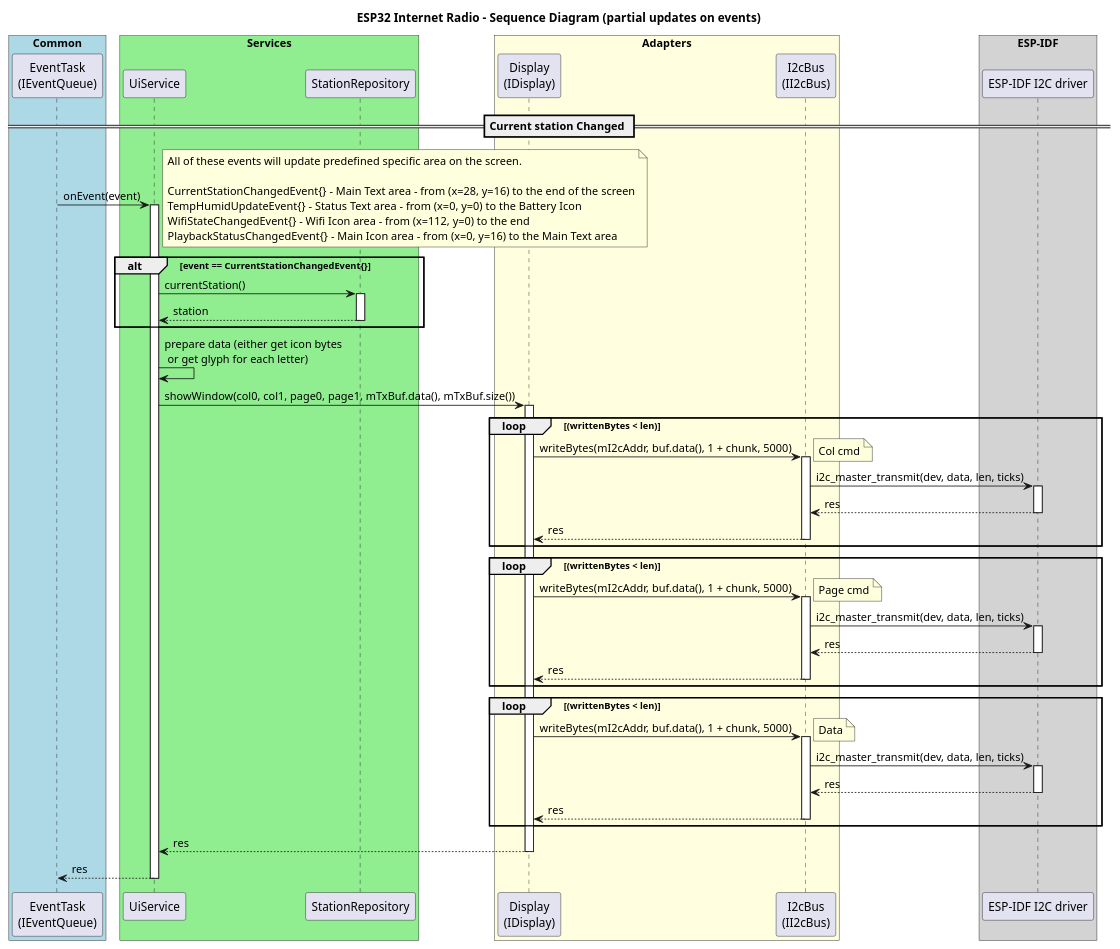
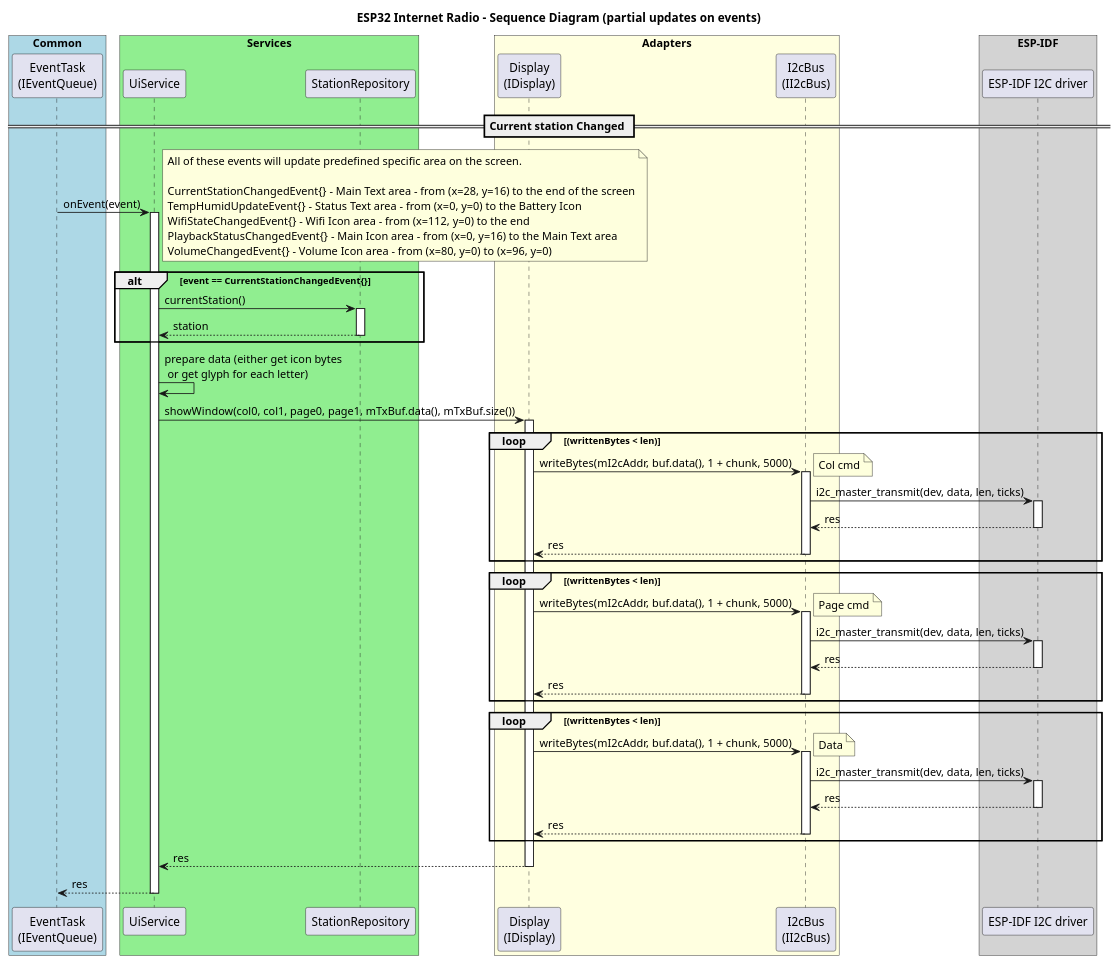
Before and after one commit to ArturChechui/esp_radio: the diagram in docs/diagrams/sequence/seq_ui_events.puml, drawn with PlantUML. The commit also changed 55 other files, not shown here.

```diff
--- a/docs/diagrams/sequence/seq_ui_events.puml
+++ b/docs/diagrams/sequence/seq_ui_events.puml
@@ -1,78 +1,79 @@
 @startuml seq_ui_events.puml
 title ESP32 Internet Radio - Sequence Diagram (partial updates on events)
 
 box "Common" #LightBlue
 participant "EventTask\n(IEventQueue)" as UITASK
 end box
 
 box "Services" #LightGreen
 participant "UiService" as UISVC
 participant "StationRepository" as REPO
 end box
 
 box "Adapters" #LightYellow
 participant "Display\n(IDisplay)" as DISP
 participant "I2cBus\n(II2cBus)" as I2C
 
 end box
 box "ESP-IDF" #LightGray
 participant "ESP-IDF I2C driver" as IDF
 end box
 
 == Current station Changed ==
 UITASK -> UISVC ++: onEvent(event)
 note right
 All of these events will update predefined specific area on the screen.
 
 CurrentStationChangedEvent{} - Main Text area - from (x=28, y=16) to the end of the screen
 TempHumidUpdateEvent{} - Status Text area - from (x=0, y=0) to the Battery Icon
 WifiStateChangedEvent{} - Wifi Icon area - from (x=112, y=0) to the end
 PlaybackStatusChangedEvent{} - Main Icon area - from (x=0, y=16) to the Main Text area
+VolumeChangedEvent{} - Volume Icon area - from (x=80, y=0) to (x=96, y=0)
 end note
 
 alt event == CurrentStationChangedEvent{}
 UISVC -> REPO ++: currentStation()
 return station
 end
 UISVC -> UISVC: prepare data (either get icon bytes\n or get glyph for each letter)
 UISVC -> DISP ++: showWindow(col0, col1, page0, page1, mTxBuf.data(), mTxBuf.size())
 
 loop (writtenBytes < len)
     DISP -> I2C ++: writeBytes(mI2cAddr, buf.data(), 1 + chunk, 5000)
     note right
     Col cmd
     end note
     I2C -> IDF ++: i2c_master_transmit(dev, data, len, ticks)
     return res
     return res
 end
 
 loop (writtenBytes < len) 
     DISP -> I2C ++: writeBytes(mI2cAddr, buf.data(), 1 + chunk, 5000)
     note right
     Page cmd
     end note
     I2C -> IDF ++: i2c_master_transmit(dev, data, len, ticks)
     return res
     return res
 end
 
 loop (writtenBytes < len) 
     DISP -> I2C ++: writeBytes(mI2cAddr, buf.data(), 1 + chunk, 5000)
     note right
     Data
     end note
     I2C -> IDF ++: i2c_master_transmit(dev, data, len, ticks)
     return res
     return res
 end
 return res
 return res
 
 deactivate UISVC
 deactivate DISP
 deactivate I2C
 deactivate IDF
 deactivate UITASK
 
 @enduml
```
